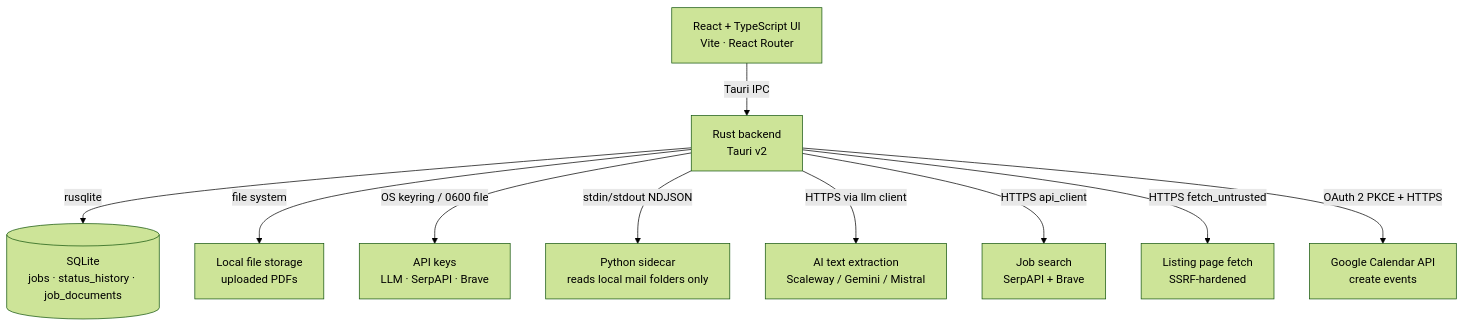
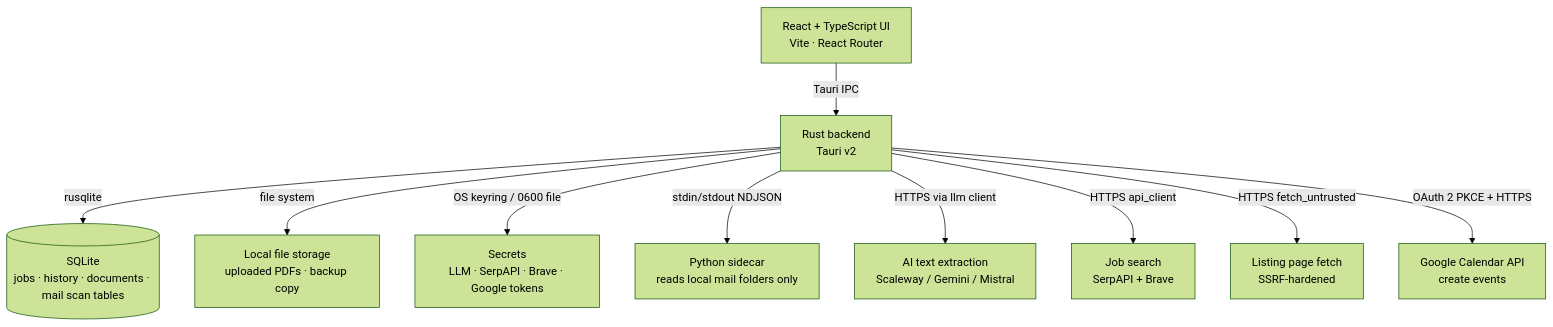
One commit to eikrad/Job-Tracker changed the first of 8 diagrams in docs/architecture.md. Above: the diagram before and after it, drawn with Mermaid (forest theme). The commit also changed other lines of this file and 5 other files, not shown here.

````diff
--- a/docs/architecture.md
+++ b/docs/architecture.md
@@ -11,12 +11,12 @@
 ```mermaid
 graph TD
     UI[React + TypeScript UI<br>Vite · React Router] -->|Tauri IPC| RUST[Rust backend<br>Tauri v2]
-    RUST -->|rusqlite| DB[(SQLite<br>jobs · status_history · job_documents)]
-    RUST -->|file system| FILES[Local file storage<br>uploaded PDFs]
-    RUST -->|OS keyring / 0600 file| KEYS[API keys<br>LLM · SerpAPI · Brave]
+    RUST -->|rusqlite| DB[(SQLite<br>jobs · history · documents · mail scan tables)]
+    RUST -->|file system| FILES[Local file storage<br>uploaded PDFs · backup copy]
+    RUST -->|OS keyring / 0600 file| KEYS[Secrets<br>LLM · SerpAPI · Brave · Google tokens]
     RUST -->|stdin/stdout NDJSON| SIDECAR[Python sidecar<br>reads local mail folders only]
     RUST -->|HTTPS via llm client| AI[AI text extraction<br>Scaleway / Gemini / Mistral]
     RUST -->|HTTPS api_client| SEARCH[Job search<br>SerpAPI + Brave]
     RUST -->|HTTPS fetch_untrusted| LIST[Listing page fetch<br>SSRF-hardened]
     RUST -->|OAuth 2 PKCE + HTTPS| GCAL[Google Calendar API<br>create events]
 ```
````
